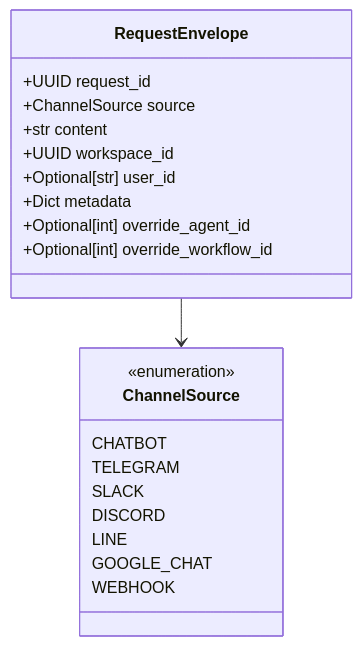
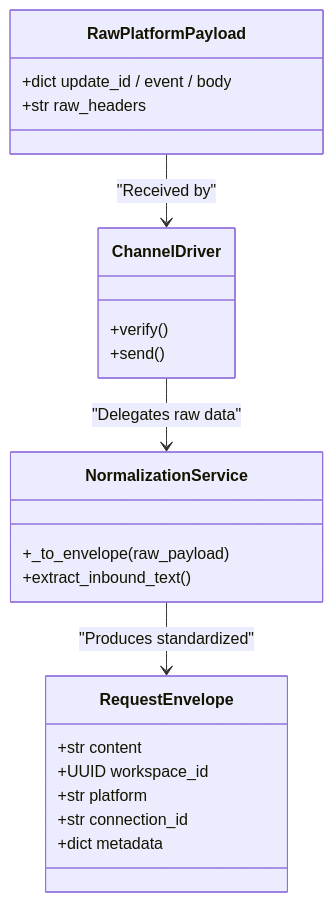
The second of 2 diagrams in docs/channel-integrations/message-pipeline.md (AutomatosAI/automatos-ai), drawn with Mermaid before and after one commit. The commit also changed other lines of this file and 191 other files, not shown here.

````diff
--- a/docs/channel-integrations/message-pipeline.md
+++ b/docs/channel-integrations/message-pipeline.md
@@ -109,26 +124,26 @@
 ```mermaid
 classDiagram
+    class RawPlatformPayload {
+        +dict update_id / event / body
+        +str raw_headers
+    }
+    class ChannelDriver {
+        +verify()
+        +send()
+    }
+    class NormalizationService {
+        +_to_envelope(raw_payload)
+        +extract_inbound_text()
+    }
     class RequestEnvelope {
-        +UUID request_id
-        +ChannelSource source
         +str content
         +UUID workspace_id
-        +Optional[str] user_id
-        +Dict metadata
-        +Optional[int] override_agent_id
-        +Optional[int] override_workflow_id
+        +str platform
+        +str connection_id
+        +dict metadata
     }
-    
-    class ChannelSource {
-        <<enumeration>>
-        CHATBOT
-        TELEGRAM
-        SLACK
-        DISCORD
-        LINE
-        GOOGLE_CHAT
-        WEBHOOK
-    }
-    
-    RequestEnvelope --> ChannelSource
+
+    RawPlatformPayload --> ChannelDriver : "Received by"
+    ChannelDriver --> NormalizationService : "Delegates raw data"
+    NormalizationService --> RequestEnvelope : "Produces standardized"
 ```
````
